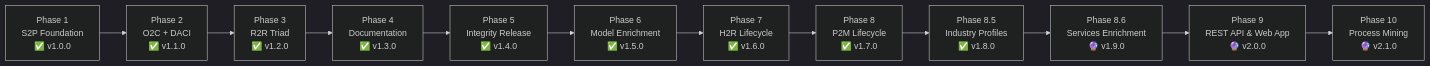
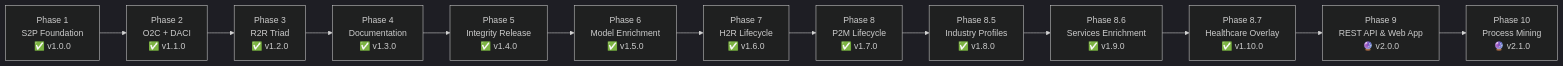
Before and after one commit to GeorgeYinDev/ValueChainModel: the diagram in ROADMAP.md, drawn with Mermaid (dark theme). The commit also changed other lines of this file and 64 other files, not shown here.

Commit message:
feat(phase8.7): Healthcare Provider & Clinical Systems Domain Model Overlay (v1.10.0)

````diff
--- a/ROADMAP.md
+++ b/ROADMAP.md
@@ -8,14 +8,15 @@
 ```mermaid
 flowchart LR
   P1["Phase 1<br/>S2P Foundation<br/>✅ v1.0.0"] --> P2["Phase 2<br/>O2C + DACI<br/>✅ v1.1.0"]
   P2 --> P3["Phase 3<br/>R2R Triad<br/>✅ v1.2.0"]
   P3 --> P4["Phase 4<br/>Documentation<br/>✅ v1.3.0"]
   P4 --> P5["Phase 5<br/>Integrity Release<br/>✅ v1.4.0"]
   P5 --> P6["Phase 6<br/>Model Enrichment<br/>✅ v1.5.0"]
   P6 --> P7["Phase 7<br/>H2R Lifecycle<br/>✅ v1.6.0"]
   P7 --> P8["Phase 8<br/>P2M Lifecycle<br/>✅ v1.7.0"]
   P8 --> P85["Phase 8.5<br/>Industry Profiles<br/>✅ v1.8.0"]
-  P85 --> P86["Phase 8.6<br/>Services Enrichment<br/>🔮 v1.9.0"]
-  P86 --> P9["Phase 9<br/>REST API & Web App<br/>🔮 v2.0.0"]
+  P85 --> P86["Phase 8.6<br/>Services Enrichment<br/>✅ v1.9.0"]
+  P86 --> P87["Phase 8.7<br/>Healthcare Overlay<br/>✅ v1.10.0"]
+  P87 --> P9["Phase 9<br/>REST API & Web App<br/>🔮 v2.0.0"]
   P9 --> P10["Phase 10<br/>Process Mining<br/>🔮 v2.1.0"]
 ```
````
